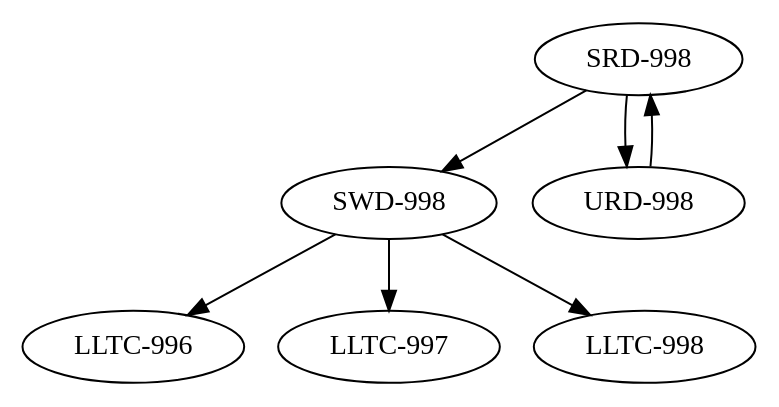
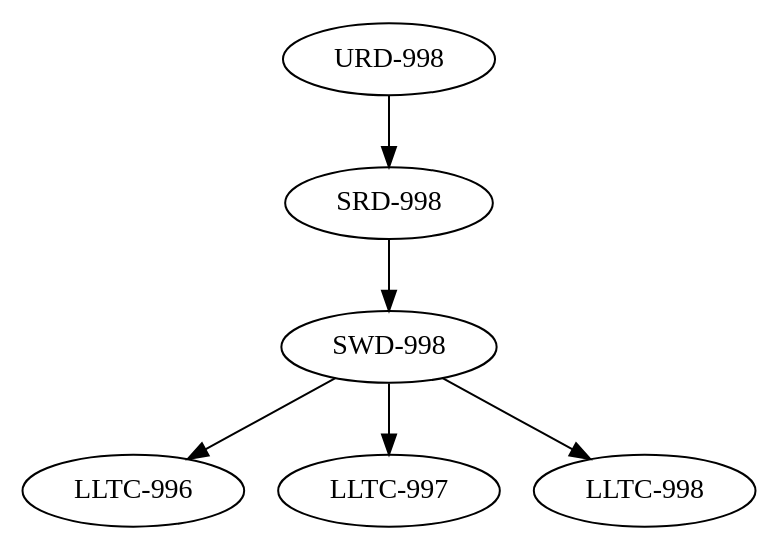
Before and after one commit to Zahhask45/Team04_DrivaPi: the diagram in .dotstop.dot, drawn with Graphviz. The commit also changed 2 other files, not shown here.

Commit message:
feat(reqs): Update LLTC-996 and LLTC-998 documentation for clarity and verification methods

```diff
--- a/.dotstop.dot
+++ b/.dotstop.dot
@@ -1,17 +1,16 @@
 # This file is automatically generated by dotstop and should not be edited manually.
 # Generated using trustable 2025.9.16.
 
 digraph G {
 "SWD-998" [sha="e65e8aef8be799605889855b82c4d444d912b44304eec2856fe3f05ef7d065ab"];
 "LLTC-996" [sha="1f493800896bf64ebf3f1efbf3d72e14c4bf29e1880f6231d85e394dc02b7d4d"];
 "LLTC-997" [sha="85be7a4f44f41c12165636673b01269974d4b42bb17e3cd7a2e405ff8b1b7699"];
 "LLTC-998" [sha="dd99f4bee385a6d577319884ae758d3ec01fc93ccb5eef2d626af6e6821ac3a4"];
 "SRD-998" [sha="d7888f1a5837c430a76ad58463e2d2837c5f27bad251284be97bccaa9447fa8b"];
 "URD-998" [sha="984d531e3bfb9a8a07432a2f285113a2942f00c1abc463279050b5f1b9857396"];
 "SWD-998" -> "LLTC-996" [sha="7b40134950b61a42ef7fcdc4dbf68dee962de2c2e225e7ce091b0f2b0c1ad439"];
 "SWD-998" -> "LLTC-997" [sha="5df489e9b0a48eed360e9a84618db2b7e2ad7b7ff70a2fb9c507913dfb00216c"];
-"SWD-998" -> "LLTC-998" [sha="00f991916c4e03845b86e4313a44d814650cc11192ea2060916693a191736922"];
-"SRD-998" -> "URD-998" [sha="2af2b8da09e2e74f9bb765dd4f2e640a716001a99c7e65ecedf8118cb887a1bf"];
+"SWD-998" -> "LLTC-998" [sha="a0c8ef60cb5957de534c91f774be6307efab58857e15d648dc830b89e9fb1287"];
 "SRD-998" -> "SWD-998" [sha="41dda47dabb092a9408e366f58a7625849e73228544907e0aeddc686c5da5426"];
 "URD-998" -> "SRD-998" [sha="a3682ba110062b3e1f85a66c7326e14ffa5135bbad1f029df3053135a217d7e6"];
 }
```
